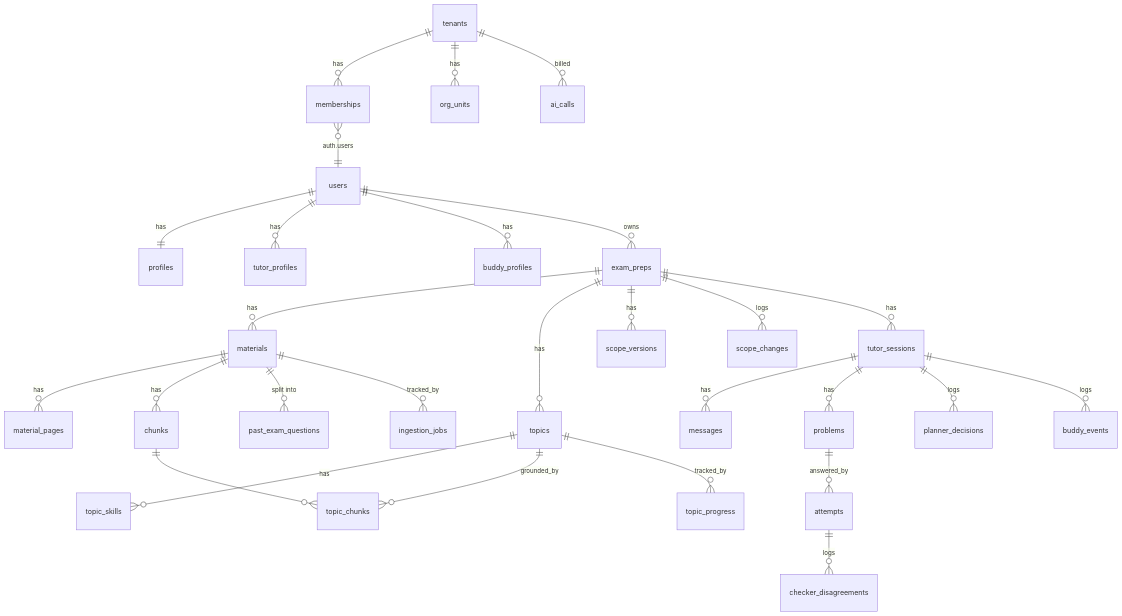
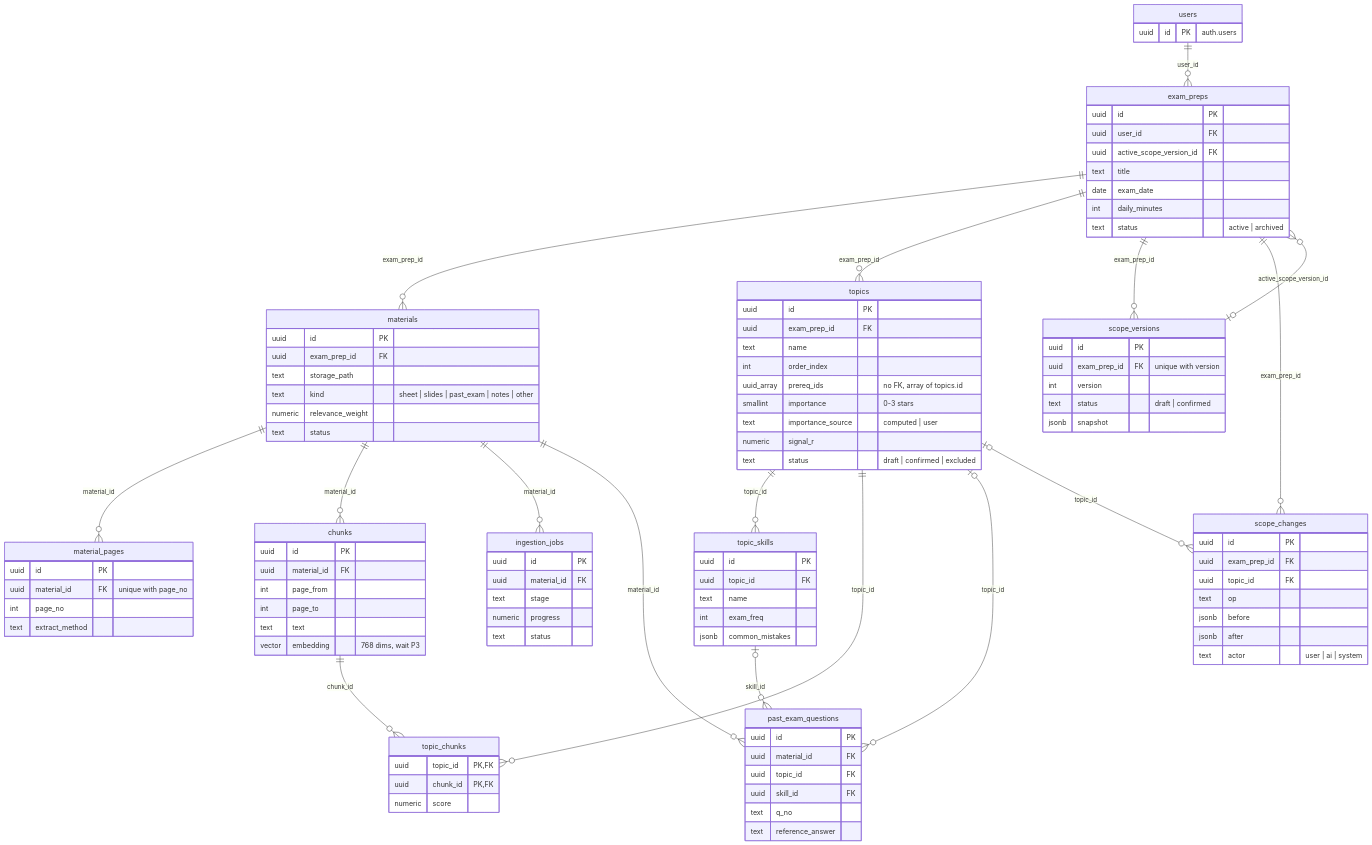
One commit to jamvess/anyang changed the second of 3 diagrams in specs/system/data-model.md. Above: the diagram before and after it, drawn with Mermaid. The commit also changed other lines of this file and 1 other file, not shown here.

Commit message:
docs(data-model): redraw ERD as 3 diagrams with all 45 FKs (D3 step 2)

````diff
--- a/specs/system/data-model.md
+++ b/specs/system/data-model.md
@@ -17,30 +86,108 @@
 ```mermaid
 erDiagram
-  tenants ||--o{ memberships : has
-  tenants ||--o{ org_units : has
-  memberships }o--|| users : "auth.users"
-  users ||--|| profiles : has
-  users ||--o{ tutor_profiles : has
-  users ||--o{ buddy_profiles : has
-  users ||--o{ exam_preps : owns
-  exam_preps ||--o{ materials : has
-  materials ||--o{ material_pages : has
-  materials ||--o{ chunks : has
-  materials ||--o{ past_exam_questions : "split into"
-  materials ||--o{ ingestion_jobs : tracked_by
-  exam_preps ||--o{ topics : has
-  topics ||--o{ topic_skills : has
-  topics ||--o{ topic_chunks : grounded_by
-  chunks ||--o{ topic_chunks : ""
-  exam_preps ||--o{ scope_versions : has
-  exam_preps ||--o{ scope_changes : logs
-  exam_preps ||--o{ tutor_sessions : has
-  tutor_sessions ||--o{ messages : has
-  tutor_sessions ||--o{ problems : has
-  problems ||--o{ attempts : answered_by
-  topics ||--o{ topic_progress : tracked_by
-  tutor_sessions ||--o{ planner_decisions : logs
-  tutor_sessions ||--o{ buddy_events : logs
-  attempts ||--o{ checker_disagreements : logs
-  tenants ||--o{ ai_calls : billed
+  users ||--o{ exam_preps : "user_id"
+  exam_preps ||--o{ materials : "exam_prep_id"
+  exam_preps ||--o{ topics : "exam_prep_id"
+  exam_preps ||--o{ scope_versions : "exam_prep_id"
+  exam_preps ||--o{ scope_changes : "exam_prep_id"
+  scope_versions |o--o{ exam_preps : "active_scope_version_id"
+  materials ||--o{ material_pages : "material_id"
+  materials ||--o{ chunks : "material_id"
+  materials ||--o{ ingestion_jobs : "material_id"
+  materials ||--o{ past_exam_questions : "material_id"
+  topics ||--o{ topic_skills : "topic_id"
+  topics ||--o{ topic_chunks : "topic_id"
+  chunks ||--o{ topic_chunks : "chunk_id"
+  topics |o--o{ past_exam_questions : "topic_id"
+  topic_skills |o--o{ past_exam_questions : "skill_id"
+  topics |o--o{ scope_changes : "topic_id"
+
+  users {
+    uuid id PK "auth.users"
+  }
+  exam_preps {
+    uuid id PK
+    uuid user_id FK
+    uuid active_scope_version_id FK
+    text title
+    date exam_date
+    int daily_minutes
+    text status "active | archived"
+  }
+  materials {
+    uuid id PK
+    uuid exam_prep_id FK
+    text storage_path
+    text kind "sheet | slides | past_exam | notes | other"
+    numeric relevance_weight
+    text status
+  }
+  material_pages {
+    uuid id PK
+    uuid material_id FK "unique with page_no"
+    int page_no
+    text extract_method
+  }
+  chunks {
+    uuid id PK
+    uuid material_id FK
+    int page_from
+    int page_to
+    text text
+    vector embedding "768 dims, wait P3"
+  }
+  ingestion_jobs {
+    uuid id PK
+    uuid material_id FK
+    text stage
+    numeric progress
+    text status
+  }
+  topics {
+    uuid id PK
+    uuid exam_prep_id FK
+    text name
+    int order_index
+    uuid_array prereq_ids "no FK, array of topics.id"
+    smallint importance "0-3 stars"
+    text importance_source "computed | user"
+    numeric signal_r
+    text status "draft | confirmed | excluded"
+  }
+  topic_skills {
+    uuid id PK
+    uuid topic_id FK
+    text name
+    int exam_freq
+    jsonb common_mistakes
+  }
+  past_exam_questions {
+    uuid id PK
+    uuid material_id FK
+    uuid topic_id FK
+    uuid skill_id FK
+    text q_no
+    text reference_answer
+  }
+  topic_chunks {
+    uuid topic_id PK, FK
+    uuid chunk_id PK, FK
+    numeric score
+  }
+  scope_changes {
+    uuid id PK
+    uuid exam_prep_id FK
+    uuid topic_id FK
+    text op
+    jsonb before
+    jsonb after
+    text actor "user | ai | system"
+  }
+  scope_versions {
+    uuid id PK
+    uuid exam_prep_id FK "unique with version"
+    int version
+    text status "draft | confirmed"
+    jsonb snapshot
+  }
 ```
````
